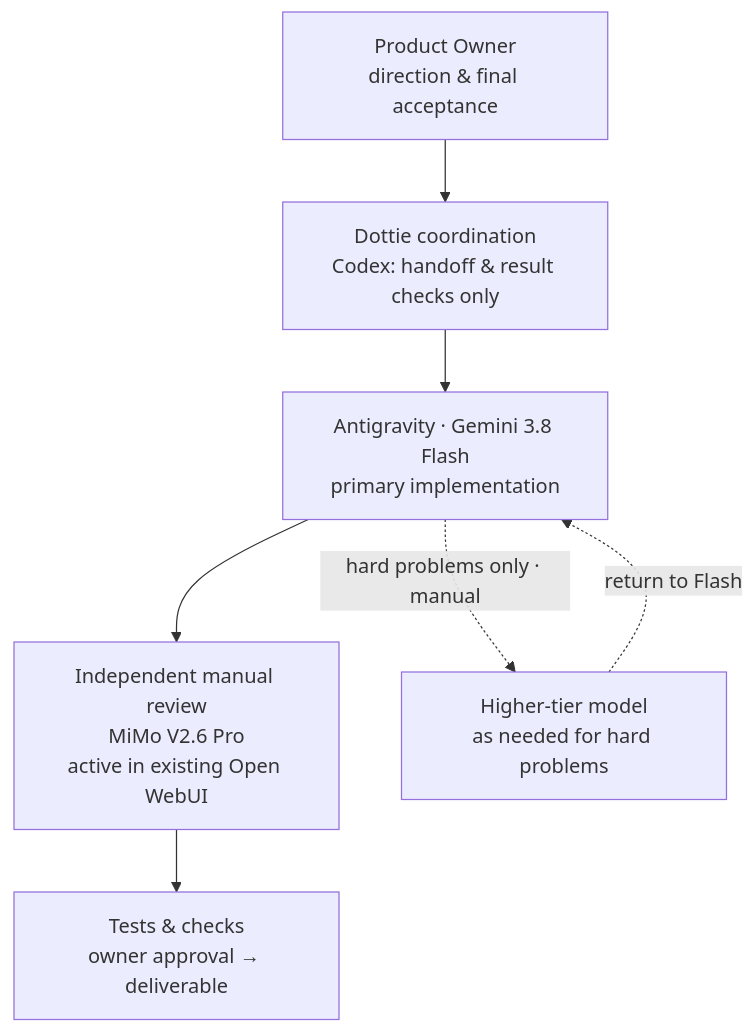
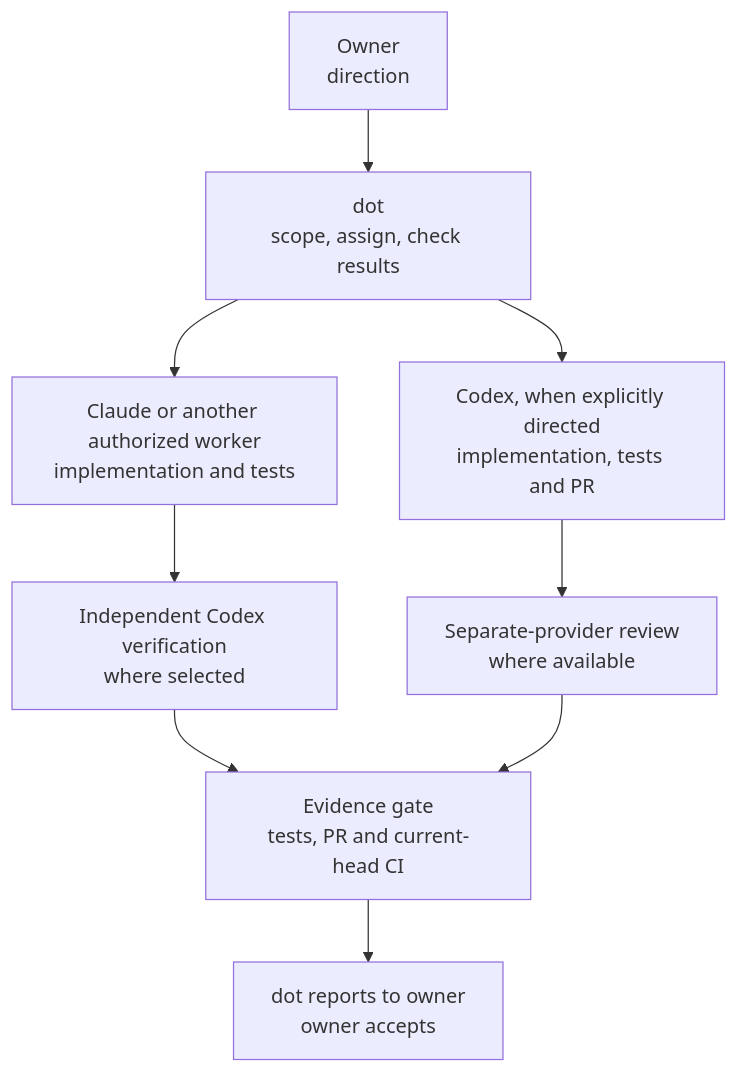
Before and after one commit to moruku36/multi-ai-workflow: the diagram in tools/architecture/workflow.en.mmd, drawn with Mermaid. The commit also changed 15 other files, not shown here.

Commit message:
docs: align current manual workflow and dashboard boundaries

```diff
--- a/tools/architecture/workflow.en.mmd
+++ b/tools/architecture/workflow.en.mmd
@@ -1,7 +1,9 @@
 flowchart TB
-    O["Product Owner<br/>direction & final acceptance"] --> D["Dottie coordination<br/>Codex: handoff & result checks only"]
-    D --> F["Antigravity · Gemini 3.8 Flash<br/>primary implementation"]
-    F --> R["Independent manual review<br/>MiMo V2.6 Pro<br/>active in existing Open WebUI"]
-    R --> G["Tests & checks<br/>owner approval → deliverable"]
-    F -. "hard problems only · manual" .-> H["Higher-tier model<br/>as needed for hard problems"]
-    H -. "return to Flash" .-> F
+    O["Owner<br/>direction"] --> D["dot<br/>scope, assign, check results"]
+    D --> C["Claude or another authorized worker<br/>implementation and tests"]
+    D --> X["Codex, when explicitly directed<br/>implementation, tests and PR"]
+    C --> V["Independent Codex verification<br/>where selected"]
+    X --> R["Separate-provider review<br/>where available"]
+    V --> G["Evidence gate<br/>tests, PR and current-head CI"]
+    R --> G
+    G --> F["dot reports to owner<br/>owner accepts"]
```
